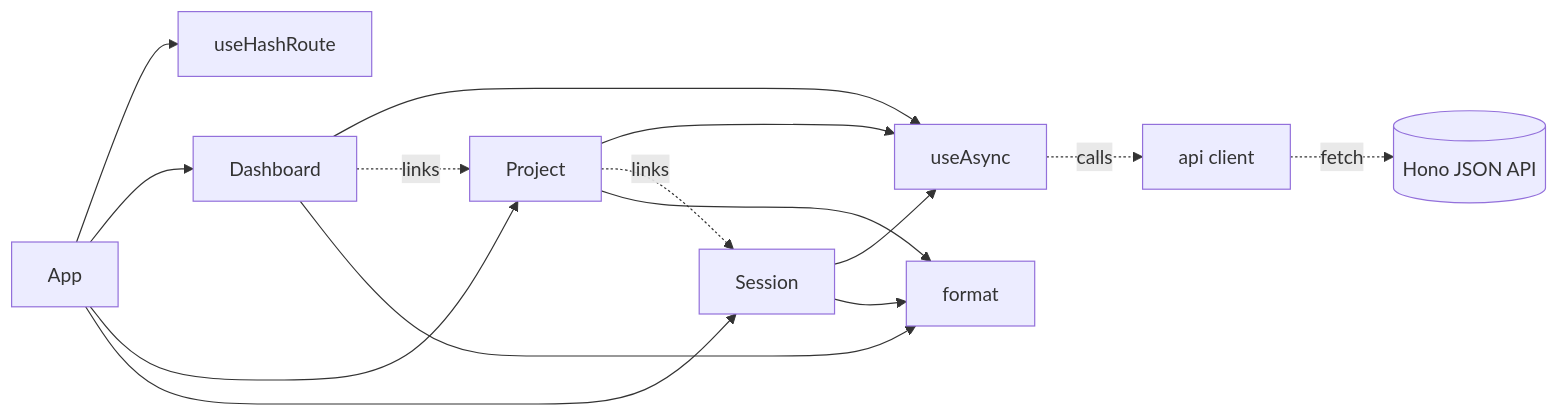
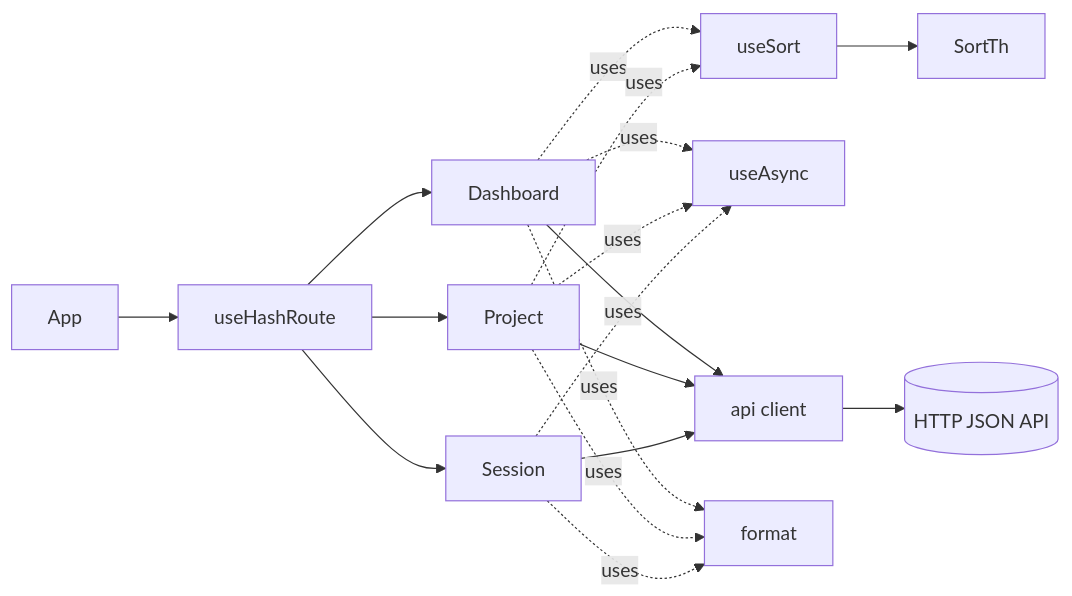
The first of 2 diagrams in wiki/6-web-spa-frontend.md (yorch/cc-analyzer), drawn with Mermaid before and after one commit. The commit also changed other lines of this file and 16 other files, not shown here.

````diff
--- a/wiki/6-web-spa-frontend.md
+++ b/wiki/6-web-spa-frontend.md
@@ -28,20 +27,23 @@
 ```mermaid
 flowchart LR
     App[App] --> Router[useHashRoute]
-    App --> Dashboard
-    App --> Project
-    App --> Session
+    Router --> Dashboard
+    Router --> Project
+    Router --> Session
 
-    Dashboard --> useAsync
-    Project --> useAsync
-    Session --> useAsync
+    Dashboard --> api[api client]
+    Project --> api
+    Session --> api
 
-    useAsync -.calls.-> api[api client]
-    Dashboard -.links.-> Project
-    Project -.links.-> Session
+    Dashboard -.uses.-> useAsync
+    Project -.uses.-> useAsync
+    Session -.uses.-> useAsync
+    Dashboard -.uses.-> useSort
+    Project -.uses.-> useSort
+    useSort --> SortTh
+    Dashboard -.uses.-> format
+    Project -.uses.-> format
+    Session -.uses.-> format
 
-    api -.fetch.-> Server[(Hono JSON API)]
-    Dashboard --> format
-    Project --> format
-    Session --> format
+    api --> Server[(HTTP JSON API)]
 ```
````
